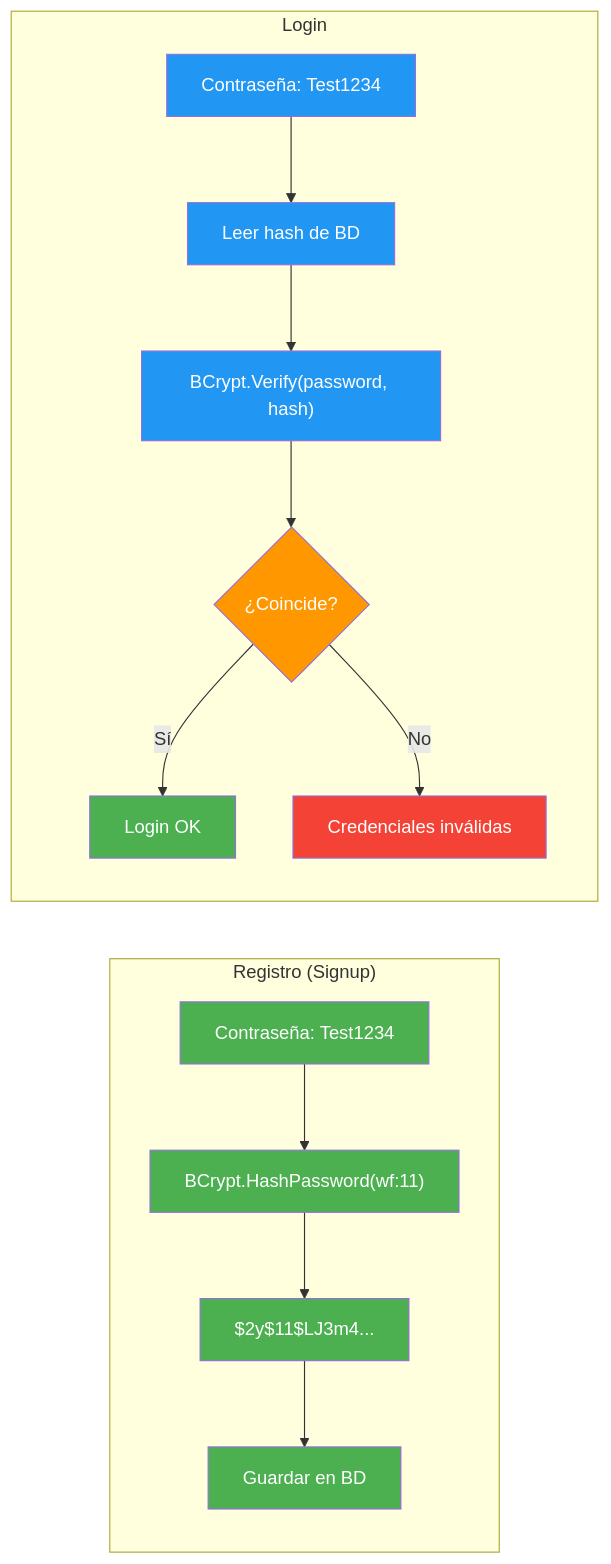
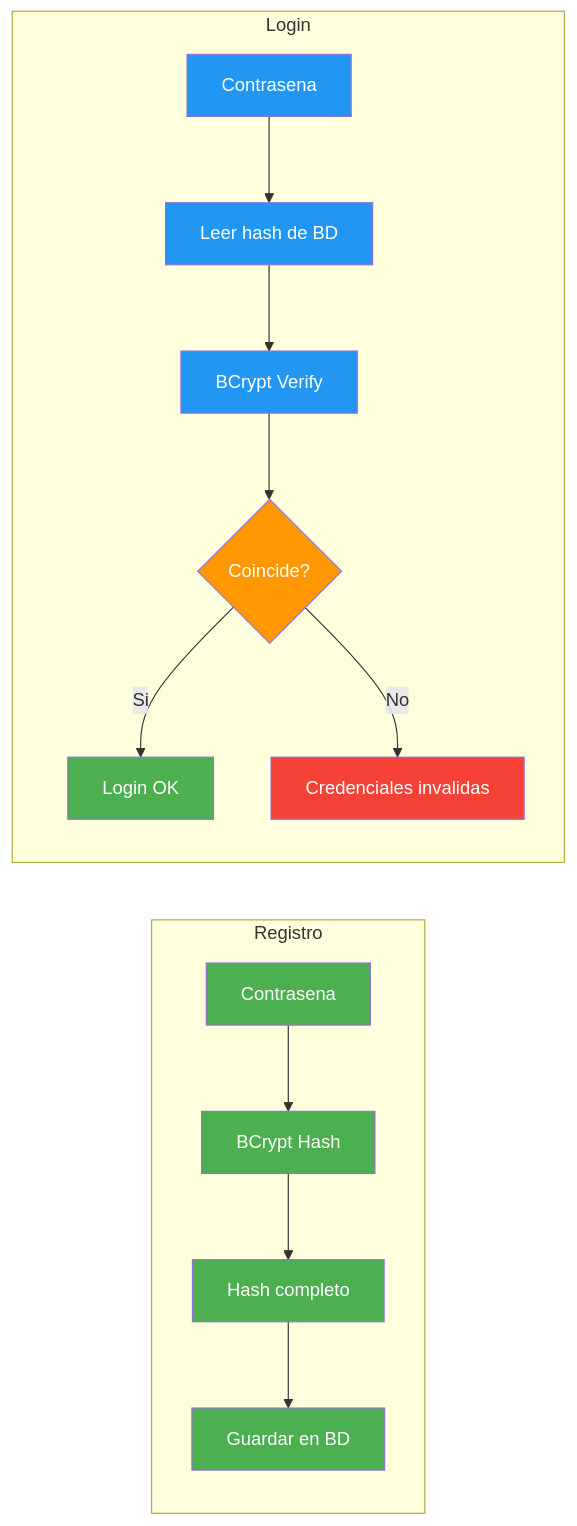
The fifth of 8 diagrams in 16-autenticacion.md (joseluisgs/DesarrolloWebEntornosServidor-02-2026-2027), drawn with Mermaid before and after one commit. The commit also changed other lines of this file and 1 other file, not shown here.

First line of the commit message:
[fix] UD02: Temas 16 y 17 reescritos con Mermaid corregido y texto explicativo

````diff
--- a/16-autenticacion.md
+++ b/16-autenticacion.md
@@ -321,27 +329,27 @@
 ```mermaid
 flowchart LR
-    subgraph "Registro (Signup)"
-        R1["Contraseña: Test1234"] --> R2["BCrypt.HashPassword(wf:11)"]
-        R2 --> R3["$2y$11$LJ3m4..."]
-        R3 --> R4["Guardar en BD"]
+    subgraph Registro
+        R1[Contrasena] --> R2[BCrypt Hash]
+        R2 --> R3[Hash completo]
+        R3 --> R4[Guardar en BD]
     end
 
-    subgraph "Login"
-        L1["Contraseña: Test1234"] --> L2["Leer hash de BD"]
-        L2 --> L3["BCrypt.Verify(password, hash)"]
-        L3 --> L4{"¿Coincide?"}
-        L4 -->|Sí| L5["Login OK"]
-        L4 -->|No| L6["Credenciales inválidas"]
+    subgraph Login
+        L1[Contrasena] --> L2[Leer hash de BD]
+        L2 --> L3[BCrypt Verify]
+        L3 --> L4{Coincide?}
+        L4 -->|Si| L5[Login OK]
+        L4 -->|No| L6[Credenciales invalidas]
     end
 
     style R1 fill:#4CAF50,color:#fff
     style R2 fill:#4CAF50,color:#fff
     style R3 fill:#4CAF50,color:#fff
     style R4 fill:#4CAF50,color:#fff
     style L1 fill:#2196F3,color:#fff
     style L2 fill:#2196F3,color:#fff
     style L3 fill:#2196F3,color:#fff
     style L4 fill:#FF9800,color:#fff
     style L5 fill:#4CAF50,color:#fff
     style L6 fill:#f44336,color:#fff
 ```
````
